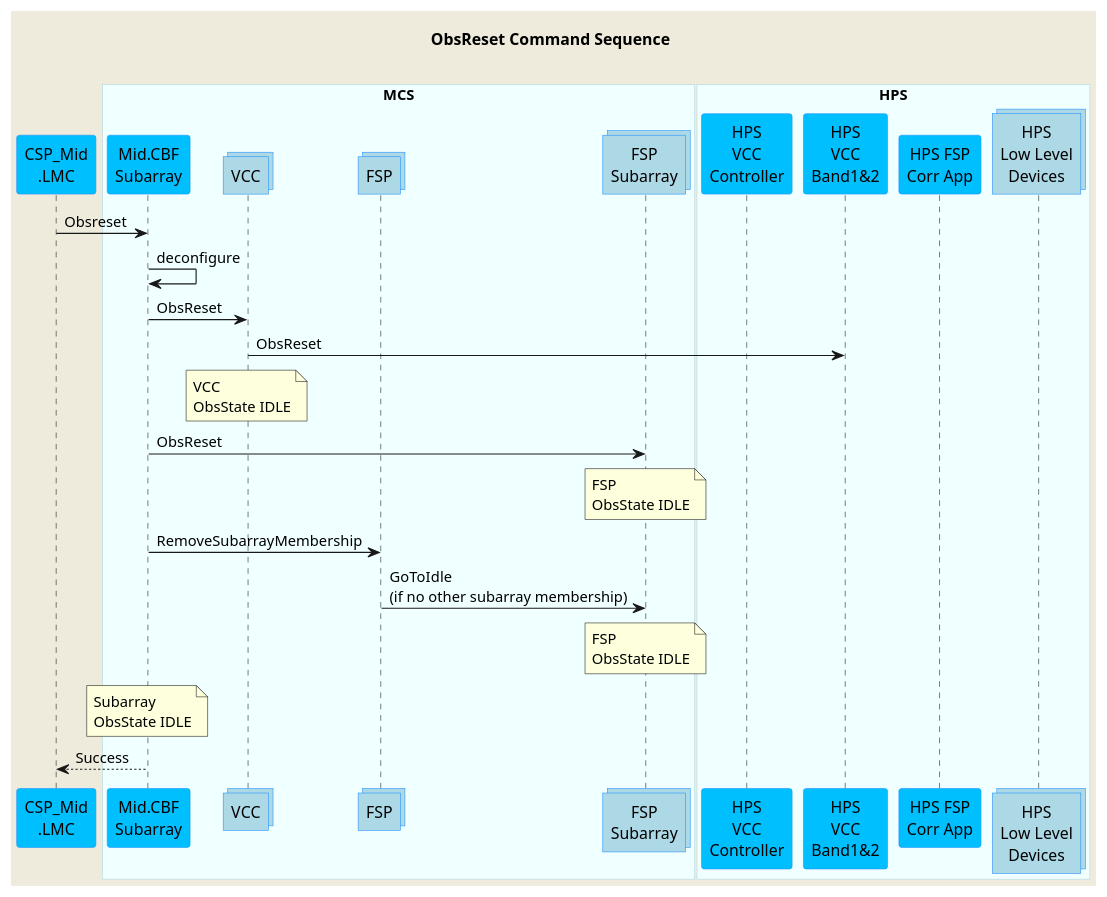
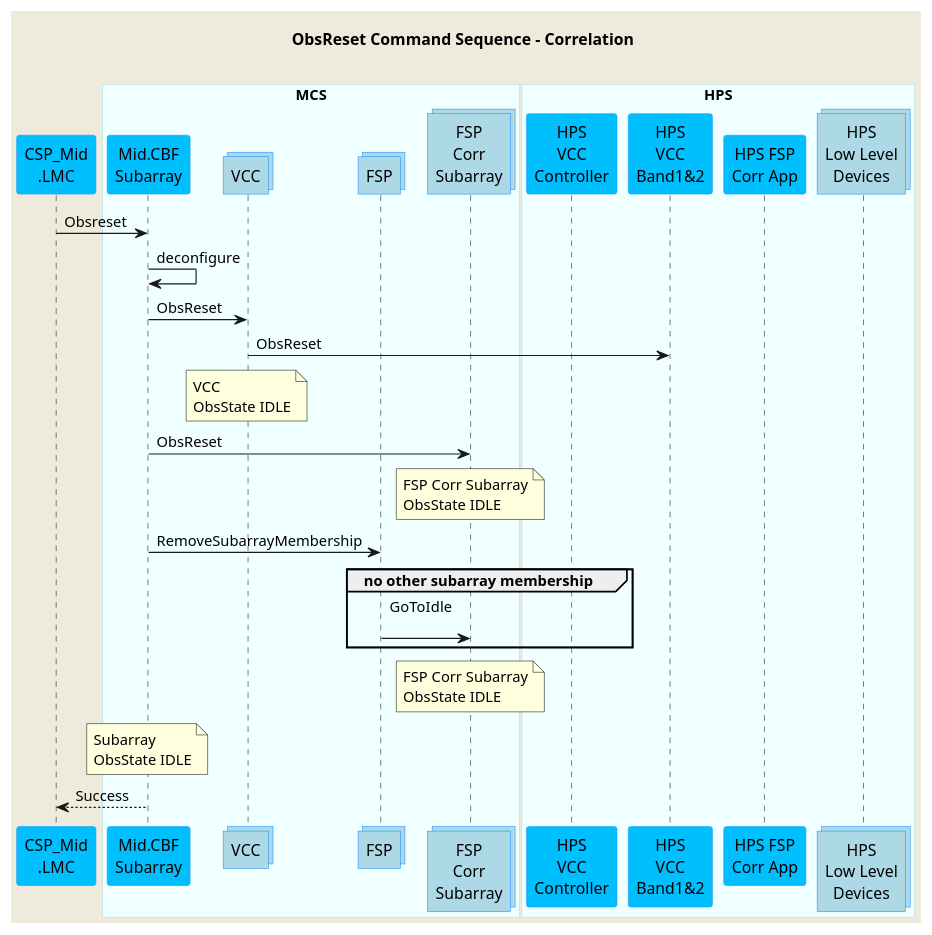
The diagram in docs/src/diagrams/obsreset-command.puml (ska-telescope/mid-cbf-mcs), drawn with PlantUML before and after one commit. The commit also changed 20 other files, not shown here.

```diff
--- a/docs/src/diagrams/obsreset-command.puml
+++ b/docs/src/diagrams/obsreset-command.puml
@@ -1,57 +1,61 @@
 @startuml
 'https://plantuml.com/sequence-diagram
 
 skinparam backgroundColor #EEEBDC
 skinparam sequence {
 ParticipantBorderColor DodgerBlue
 ParticipantBackgroundColor DeepSkyBlue
 ActorBorderColor DarkGreen
 ActorBackgroundColor Green
 BoxBorderColor LightBlue
 BoxBackgroundColor #F0FFFF
 }
 
 skinparam collections {
   BackGroundColor LightBlue
   BorderColor DodgerBlue
 }
 
 skinparam database {
   BackgroundColor LightGreen
   BorderColor DarkGreen
 }
 
-title ObsReset Command Sequence\n
+title ObsReset Command Sequence - Correlation\n
 
 participant "CSP_Mid\n.LMC" as lmc
 
 box "MCS"
 participant "Mid.CBF\nSubarray" as subarray
 collections "VCC" as vcc
 collections "FSP" as fsp
-collections "FSP\nSubarray" as fspsubarray
+collections "FSP\nCorr\nSubarray" as fspsubarray
 end box
 
 box "HPS"
 participant "HPS\nVCC\nController" as hpsvcc
 participant "HPS\nVCC\nBand1&2" as hpsvccband
 participant "HPS FSP\nCorr App" as hpsfsp
 collections "HPS\nLow Level\nDevices" as hpsdevices
 end box
 
 lmc         ->  subarray      : Obsreset
 
 subarray    ->  subarray      : deconfigure
 subarray    ->  vcc           : ObsReset
 vcc         ->  hpsvccband    : ObsReset
 note over vcc                 : VCC\nObsState IDLE
 subarray    ->  fspsubarray   : ObsReset
-note over fspsubarray         : FSP\nObsState IDLE
+note over fspsubarray         : FSP Corr Subarray\nObsState IDLE
 subarray    ->  fsp           : RemoveSubarrayMembership
-fsp         ->  fspsubarray   : GoToIdle\n(if no other subarray membership)
-note over fspsubarray         : FSP\nObsState IDLE
+
+group no other subarray membership
+fsp         ->  fspsubarray   : GoToIdle\n
+end group
+
+note over fspsubarray         : FSP Corr Subarray\nObsState IDLE
 note over subarray            : Subarray\nObsState IDLE
 lmc        <--  subarray      : Success
 
 
 @enduml
```
